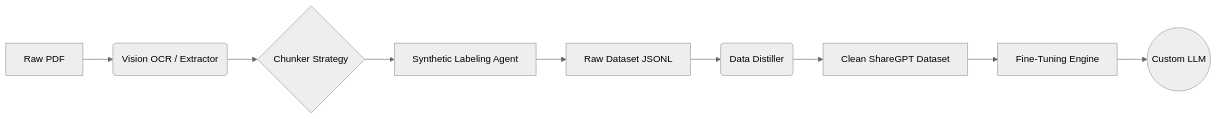
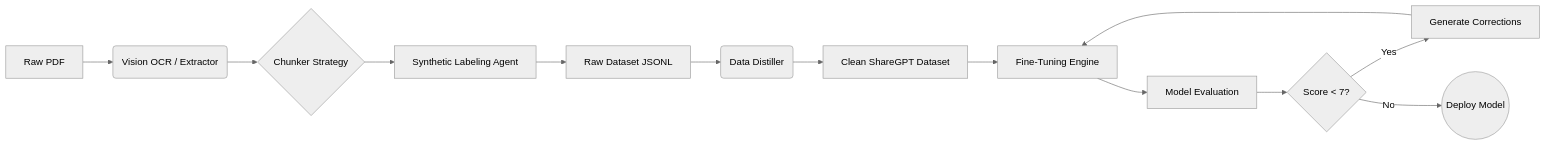
One commit to nikhil49023/Saara changed the diagram in README.md. Above: the diagram before and after it, drawn with Mermaid (neutral theme). The commit also changed other lines of this file and 5 other files, not shown here.

First line of the commit message:
Add model evaluation, deployment, and self-improvement features

````diff
--- a/README.md
+++ b/README.md
@@ -37,11 +52,15 @@
 ```mermaid
 graph LR
     A[Raw PDF] --> B(Vision OCR / Extractor)
     B --> C{Chunker Strategy}
     C --> D[Synthetic Labeling Agent]
     D --> E[Raw Dataset JSONL]
     E --> F(Data Distiller)
     F --> G[Clean ShareGPT Dataset]
     G --> H[Fine-Tuning Engine]
-    H --> I((Custom LLM))
+    H --> I[Model Evaluation]
+    I --> J{Score < 7?}
+    J -->|Yes| K[Generate Corrections]
+    K --> H
+    J -->|No| L((Deploy Model))
 ```
````
